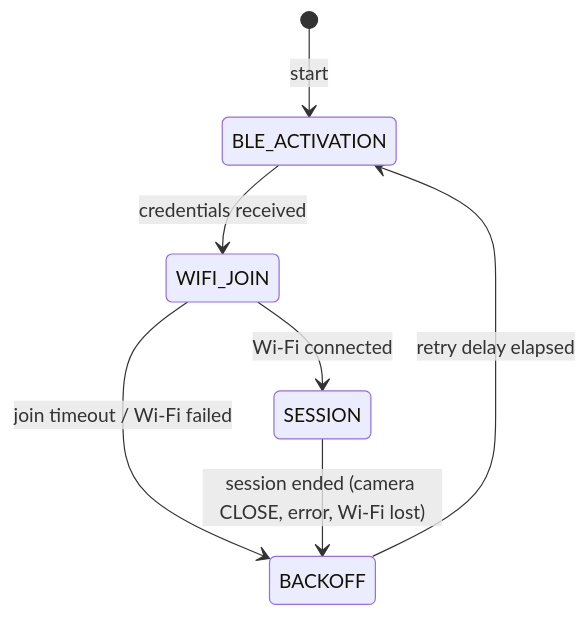
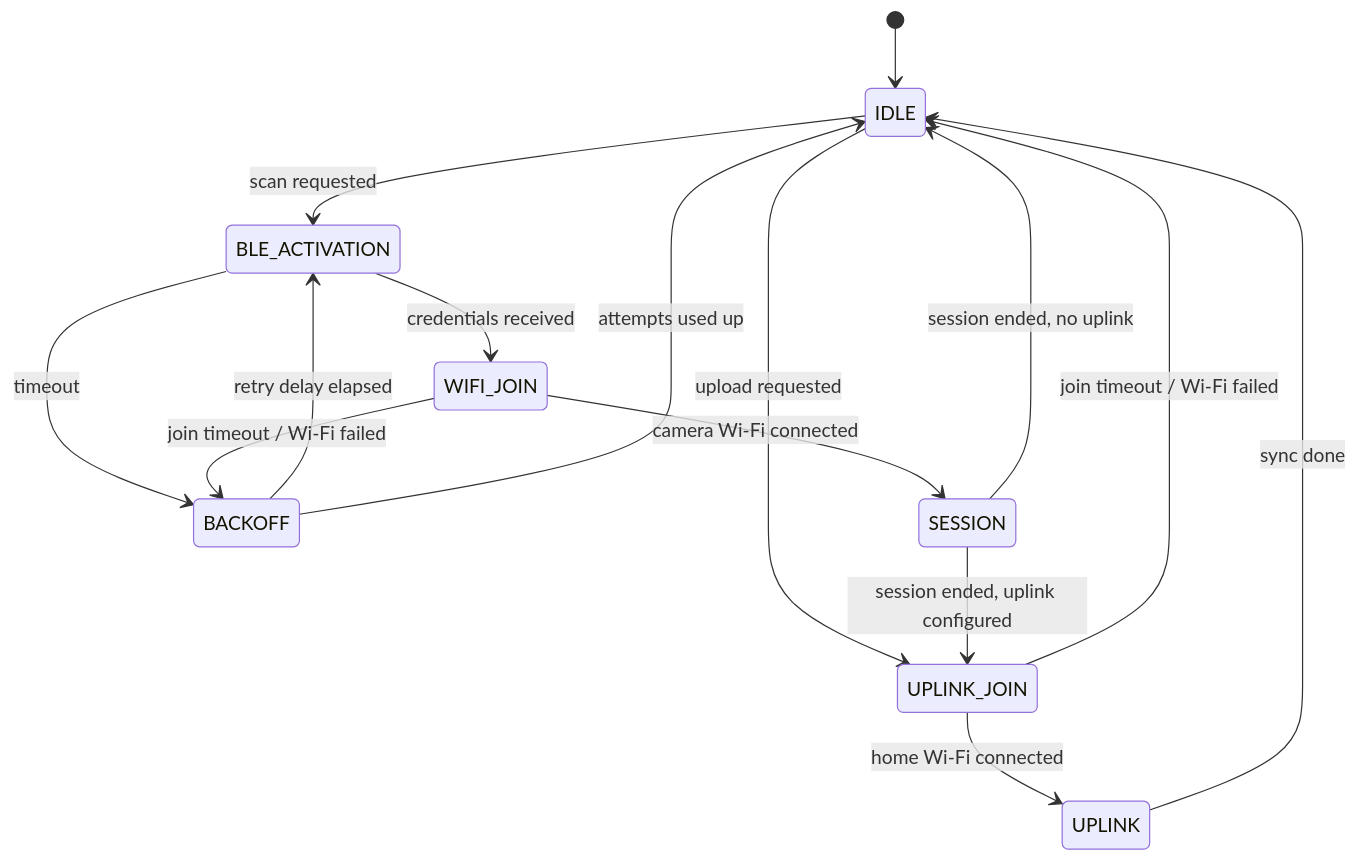
The second of 2 diagrams in README.md (HeikoGr/TrailCamHub), drawn with Mermaid before and after one commit. The commit also changed other lines of this file and 5 other files, not shown here.

First line of the commit message:
Web installer: device setup panel for settings, scan and upload

````diff
--- a/README.md
+++ b/README.md
@@ -113,9 +116,17 @@
 ```mermaid
 stateDiagram-v2
-    [*] --> BLE_ACTIVATION: start
+    [*] --> IDLE
+    IDLE --> BLE_ACTIVATION: scan requested
+    IDLE --> UPLINK_JOIN: upload requested
     BLE_ACTIVATION --> WIFI_JOIN: credentials received
-    WIFI_JOIN --> SESSION: Wi-Fi connected
+    BLE_ACTIVATION --> BACKOFF: timeout
+    WIFI_JOIN --> SESSION: camera Wi-Fi connected
     WIFI_JOIN --> BACKOFF: join timeout / Wi-Fi failed
-    SESSION --> BACKOFF: session ended (camera CLOSE, error, Wi-Fi lost)
     BACKOFF --> BLE_ACTIVATION: retry delay elapsed
+    BACKOFF --> IDLE: attempts used up
+    SESSION --> UPLINK_JOIN: session ended, uplink configured
+    SESSION --> IDLE: session ended, no uplink
+    UPLINK_JOIN --> UPLINK: home Wi-Fi connected
+    UPLINK_JOIN --> IDLE: join timeout / Wi-Fi failed
+    UPLINK --> IDLE: sync done
 ```
````
